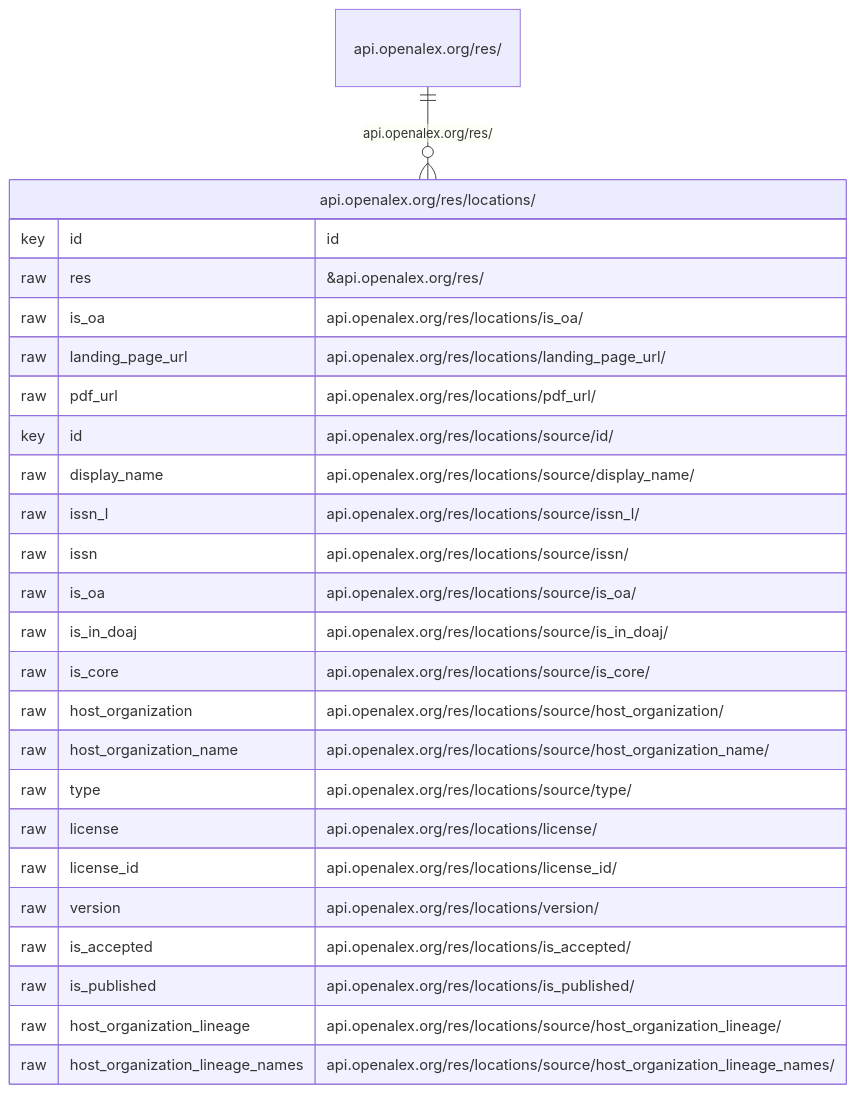
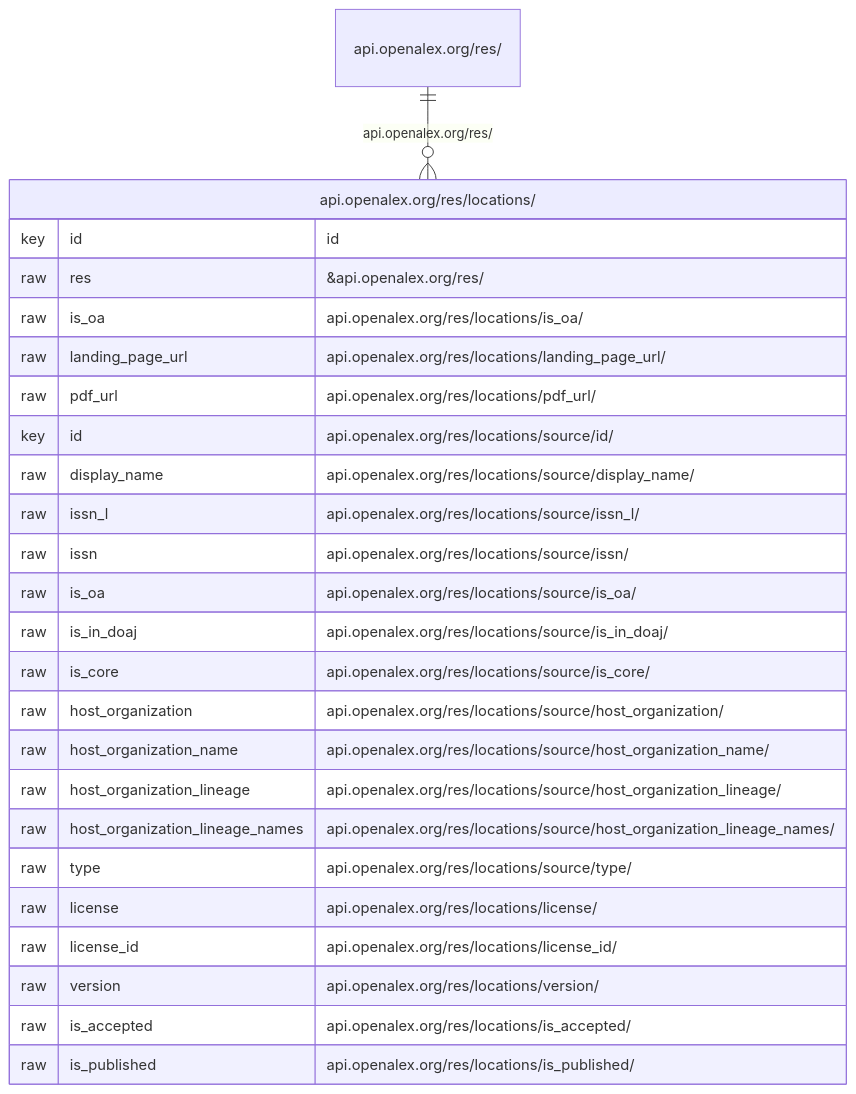
One commit to adamAfro/UPRP changed the ninth of 12 diagrams in node/api.openalex.org/readme.md. Above: the diagram before and after it, drawn with Mermaid. The commit also changed other lines of this file and 1 other file, not shown here.

````diff
--- a/node/api.openalex.org/readme.md
+++ b/node/api.openalex.org/readme.md
@@ -249,29 +247,29 @@
 ```mermaid
 erDiagram
 
 "api.openalex.org/res/locations/"{
   key id "id"
   raw res "&api.openalex.org/res/"
   raw is_oa "api.openalex.org/res/locations/is_oa/"
   raw landing_page_url "api.openalex.org/res/locations/landing_page_url/"
   raw pdf_url "api.openalex.org/res/locations/pdf_url/"
   key id "api.openalex.org/res/locations/source/id/"
   raw display_name "api.openalex.org/res/locations/source/display_name/"
   raw issn_l "api.openalex.org/res/locations/source/issn_l/"
   raw issn "api.openalex.org/res/locations/source/issn/"
   raw is_oa "api.openalex.org/res/locations/source/is_oa/"
   raw is_in_doaj "api.openalex.org/res/locations/source/is_in_doaj/"
   raw is_core "api.openalex.org/res/locations/source/is_core/"
   raw host_organization "api.openalex.org/res/locations/source/host_organization/"
   raw host_organization_name "api.openalex.org/res/locations/source/host_organization_name/"
+  raw host_organization_lineage "api.openalex.org/res/locations/source/host_organization_lineage/"
+  raw host_organization_lineage_names "api.openalex.org/res/locations/source/host_organization_lineage_names/"
   raw type "api.openalex.org/res/locations/source/type/"
   raw license "api.openalex.org/res/locations/license/"
   raw license_id "api.openalex.org/res/locations/license_id/"
   raw version "api.openalex.org/res/locations/version/"
   raw is_accepted "api.openalex.org/res/locations/is_accepted/"
-  raw is_published "api.openalex.org/res/locations/is_published/"
-  raw host_organization_lineage "api.openalex.org/res/locations/source/host_organization_lineage/"
-  raw host_organization_lineage_names "api.openalex.org/res/locations/source/host_organization_lineage_names/" }
+  raw is_published "api.openalex.org/res/locations/is_published/" }
 "api.openalex.org/res/" ||--o{ "api.openalex.org/res/locations/" : "api.openalex.org/res/"
 
 ```
````
